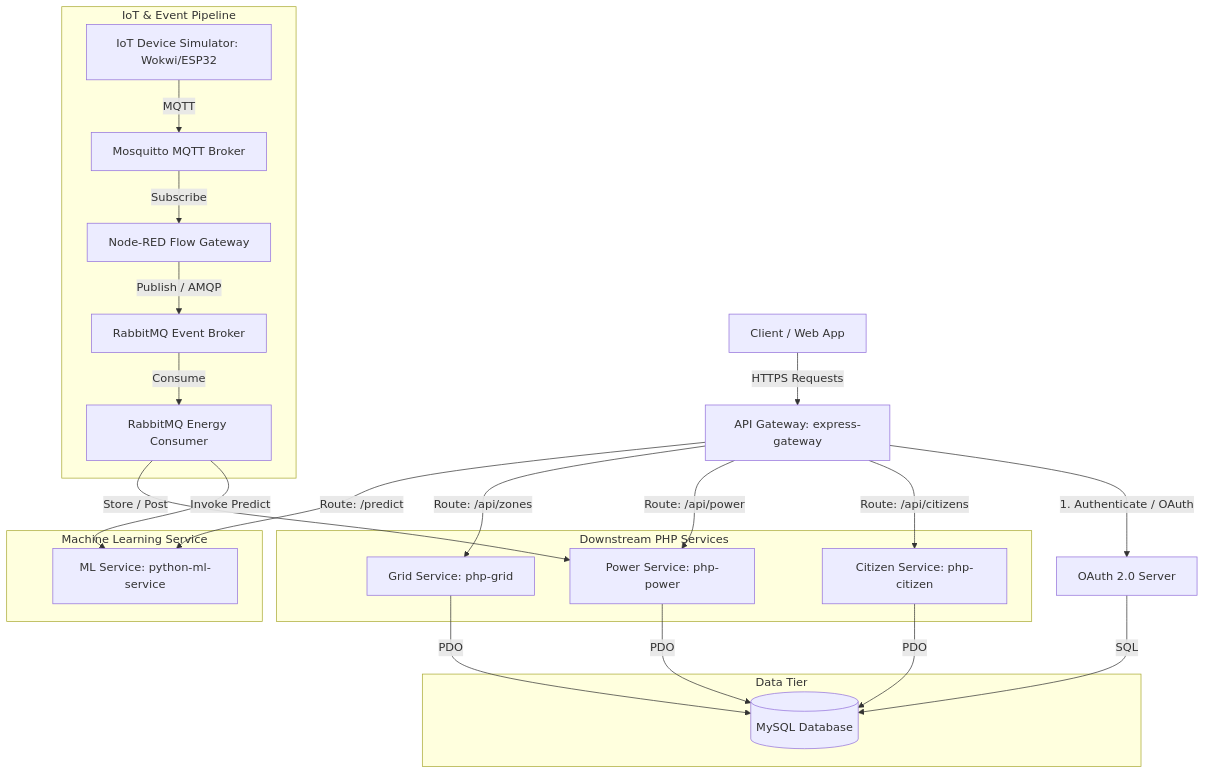
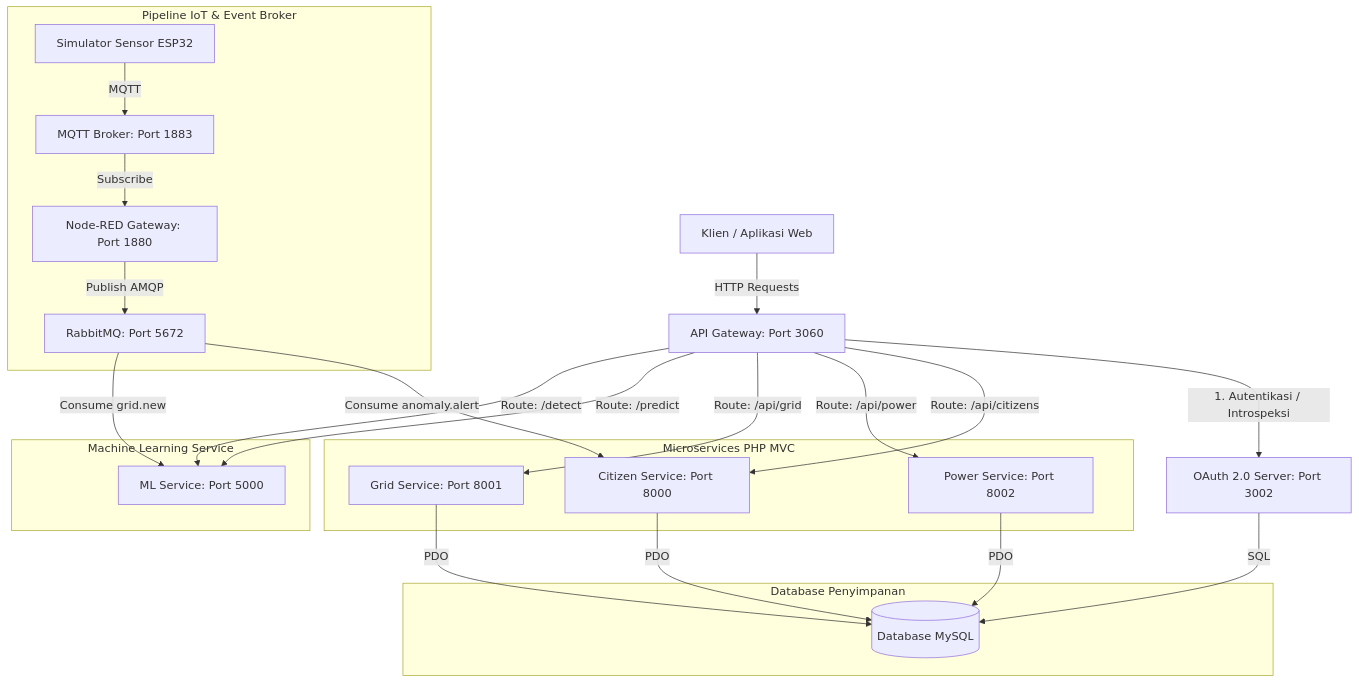
The first of 2 diagrams in architecture.md (Andika-RA/Smart-Energy-Management-System), drawn with Mermaid before and after one commit. The commit also changed other lines of this file and 2 other files, not shown here.

````diff
--- a/architecture.md
+++ b/architecture.md
@@ -9,39 +30,39 @@
 ```mermaid
 graph TD
-    Client[Client / Web App] -->|HTTPS Requests| Gateway[API Gateway: express-gateway]
-    Gateway -->|1. Authenticate / OAuth| OAuth[OAuth 2.0 Server]
+    Client[Klien / Aplikasi Web] -->|HTTP Requests| Gateway[API Gateway: Port 3060]
+    Gateway -->|1. Autentikasi / Introspeksi| OAuth[OAuth 2.0 Server: Port 3002]
     
-    subgraph Downstream PHP Services
-        Citizen[Citizen Service: php-citizen]
-        Power[Power Service: php-power]
-        Grid[Grid Service: php-grid]
+    subgraph Microservices PHP MVC
+        Citizen[Citizen Service: Port 8000]
+        Power[Power Service: Port 8002]
+        Grid[Grid Service: Port 8001]
     end
     
     Gateway -->|Route: /api/citizens| Citizen
     Gateway -->|Route: /api/power| Power
-    Gateway -->|Route: /api/zones| Grid
+    Gateway -->|Route: /api/grid| Grid
     
     subgraph Machine Learning Service
-        ML[ML Service: python-ml-service]
+        ML[ML Service: Port 5000]
     end
     
     Gateway -->|Route: /predict| ML
+    Gateway -->|Route: /detect| ML
     
-    subgraph IoT & Event Pipeline
-        Wokwi[IoT Device Simulator: Wokwi/ESP32] -->|MQTT| Mosquitto[Mosquitto MQTT Broker]
-        Mosquitto -->|Subscribe| NodeRED[Node-RED Flow Gateway]
-        NodeRED -->|Publish / AMQP| RabbitMQ[RabbitMQ Event Broker]
-        RabbitMQ -->|Consume| PyConsumer[RabbitMQ Energy Consumer]
-        PyConsumer -->|Invoke Predict| ML
-        PyConsumer -->|Store / Post| Power
+    subgraph Pipeline IoT & Event Broker
+        Wokwi[Simulator Sensor ESP32] -->|MQTT| Mosquitto[MQTT Broker: Port 1883]
+        Mosquitto -->|Subscribe| NodeRED[Node-RED Gateway: Port 1880]
+        NodeRED -->|Publish AMQP| RabbitMQ[RabbitMQ: Port 5672]
+        RabbitMQ -->|Consume anomaly.alert| Citizen
+        RabbitMQ -->|Consume grid.new| ML
     end
     
-    subgraph Data Tier
-        DB[(MySQL Database)]
+    subgraph Database Penyimpanan
+        DB[(Database MySQL)]
     end
     
     Citizen -->|PDO| DB
     Power -->|PDO| DB
     Grid -->|PDO| DB
     OAuth -->|SQL| DB
 ```
````
